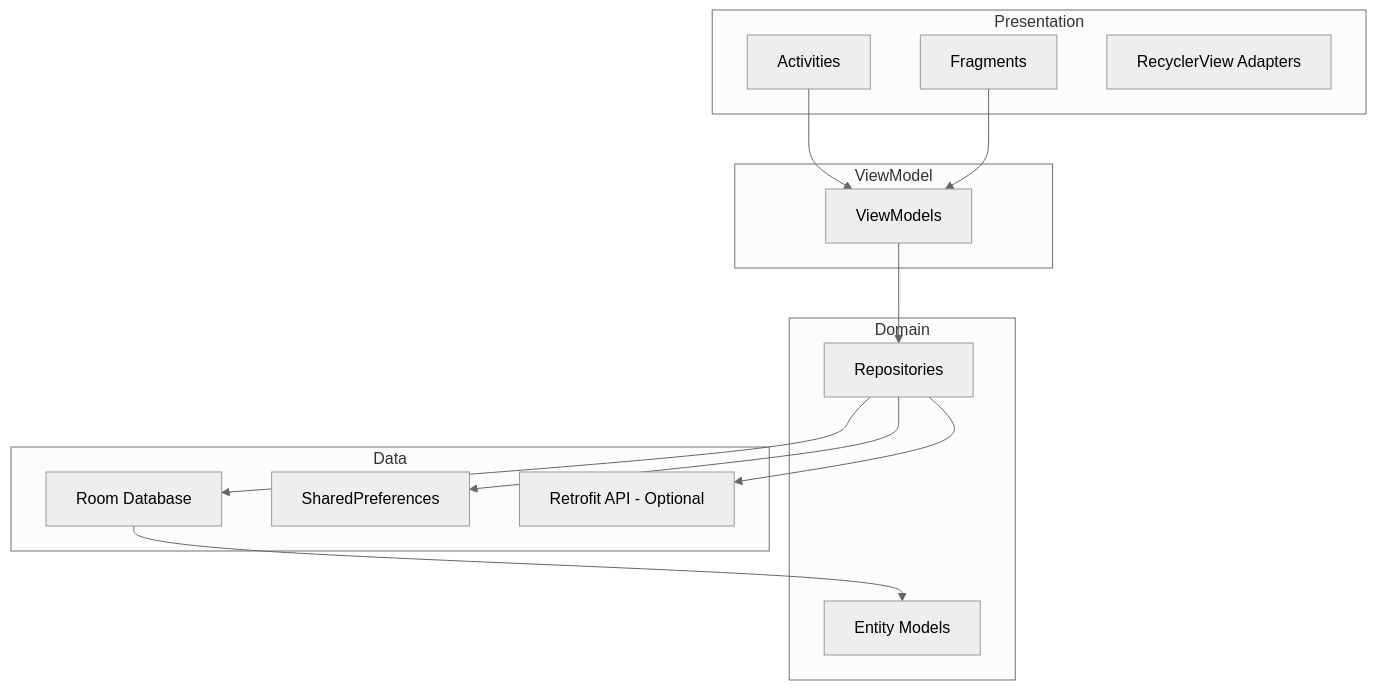
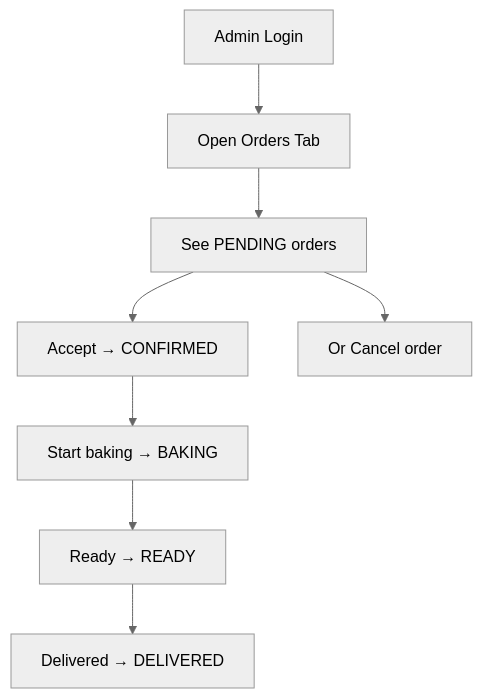
The sixth of 8 diagrams in docs/05_UML_Diagrams.md (Saad2607/cake-shop-app), drawn with Mermaid (neutral theme) before and after one commit. The commit also changed other lines of this file and 132 other files, not shown here.

````diff
--- a/docs/05_UML_Diagrams.md
+++ b/docs/05_UML_Diagrams.md
@@ -315,31 +219,10 @@
 ```mermaid
-flowchart TB
-    subgraph Presentation
-        Activities[Activities]
-        Fragments[Fragments]
-        Adapters[RecyclerView Adapters]
-    end
-
-    subgraph ViewModel
-        VMs[ViewModels]
-    end
-
-    subgraph Domain
-        Repos[Repositories]
-        Models[Entity Models]
-    end
-
-    subgraph Data
-        Room[Room Database]
-        Prefs[SharedPreferences]
-        API[Retrofit API - Optional]
-    end
-
-    Activities --> VMs
-    Fragments --> VMs
-    VMs --> Repos
-    Repos --> Room
-    Repos --> Prefs
-    Repos --> API
-    Room --> Models
+flowchart TD
+    A[Admin Login] --> B[Open Orders Tab]
+    B --> C[See PENDING orders]
+    C --> D[Accept → CONFIRMED]
+    D --> E[Start baking → BAKING]
+    E --> F[Ready → READY]
+    F --> G[Delivered → DELIVERED]
+    C --> H[Or Cancel order]
 ```
````
